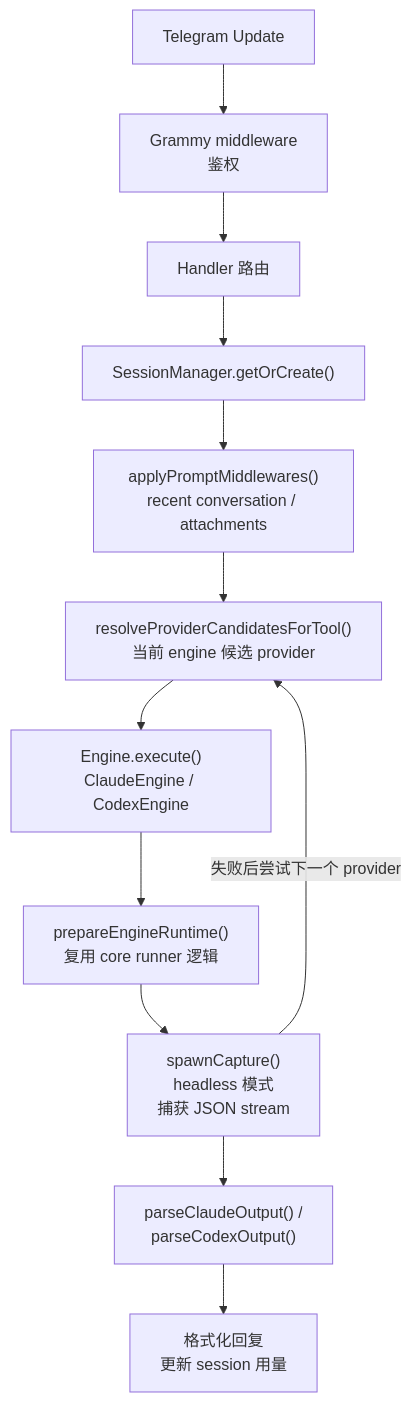
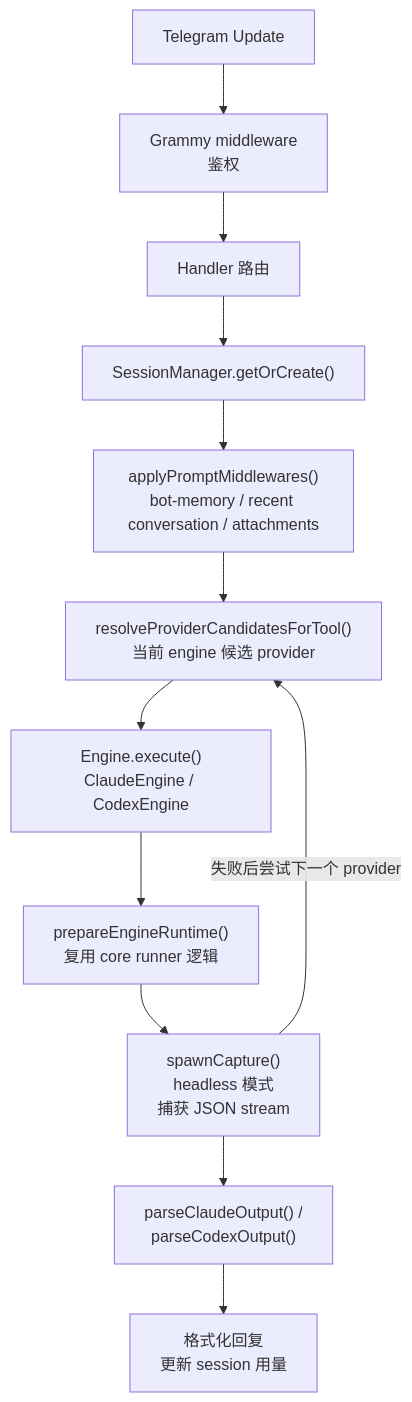
The third of 6 diagrams in docs/ARCHITECTURE.md (linlangli/AxiomRuntime), drawn with Mermaid before and after one commit. The commit also changed other lines of this file and 16 other files, not shown here.

````diff
--- a/docs/ARCHITECTURE.md
+++ b/docs/ARCHITECTURE.md
@@ -154,14 +160,14 @@
 ```mermaid
 flowchart TD
   Update["Telegram Update"] --> Middleware["Grammy middleware<br/>鉴权"]
   Middleware --> Router["Handler 路由"]
   Router --> Session["SessionManager.getOrCreate()"]
-  Session --> Prompt["applyPromptMiddlewares()<br/>recent conversation / attachments"]
+  Session --> Prompt["applyPromptMiddlewares()<br/>bot-memory / recent conversation / attachments"]
   Prompt --> Candidates["resolveProviderCandidatesForTool()<br/>当前 engine 候选 provider"]
   Candidates --> Engine["Engine.execute()<br/>ClaudeEngine / CodexEngine"]
   Engine --> Runtime["prepareEngineRuntime()<br/>复用 core runner 逻辑"]
   Runtime --> Spawn["spawnCapture()<br/>headless 模式<br/>捕获 JSON stream"]
   Spawn --> |"失败后尝试下一个 provider"| Candidates
   Spawn --> Parse["parseClaudeOutput() /<br/>parseCodexOutput()"]
   Parse --> Reply["格式化回复<br/>更新 session 用量"]
 ```
````
